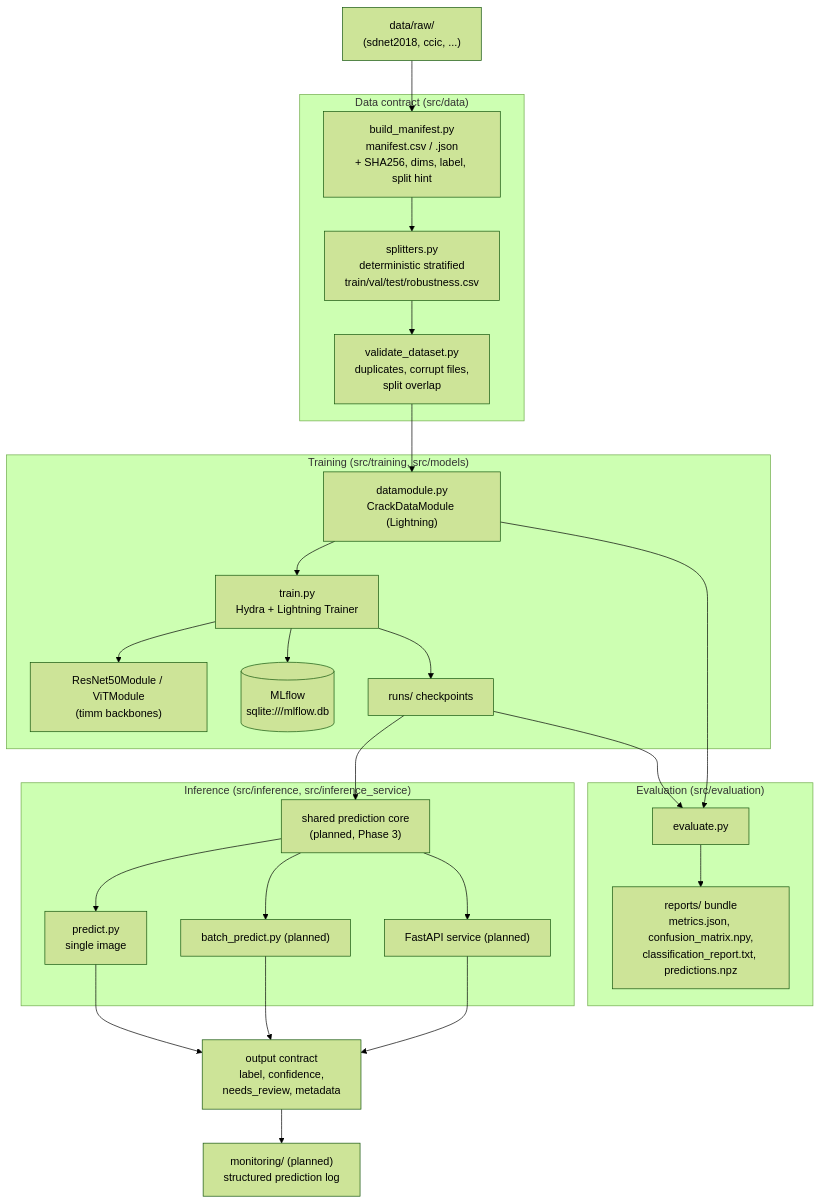
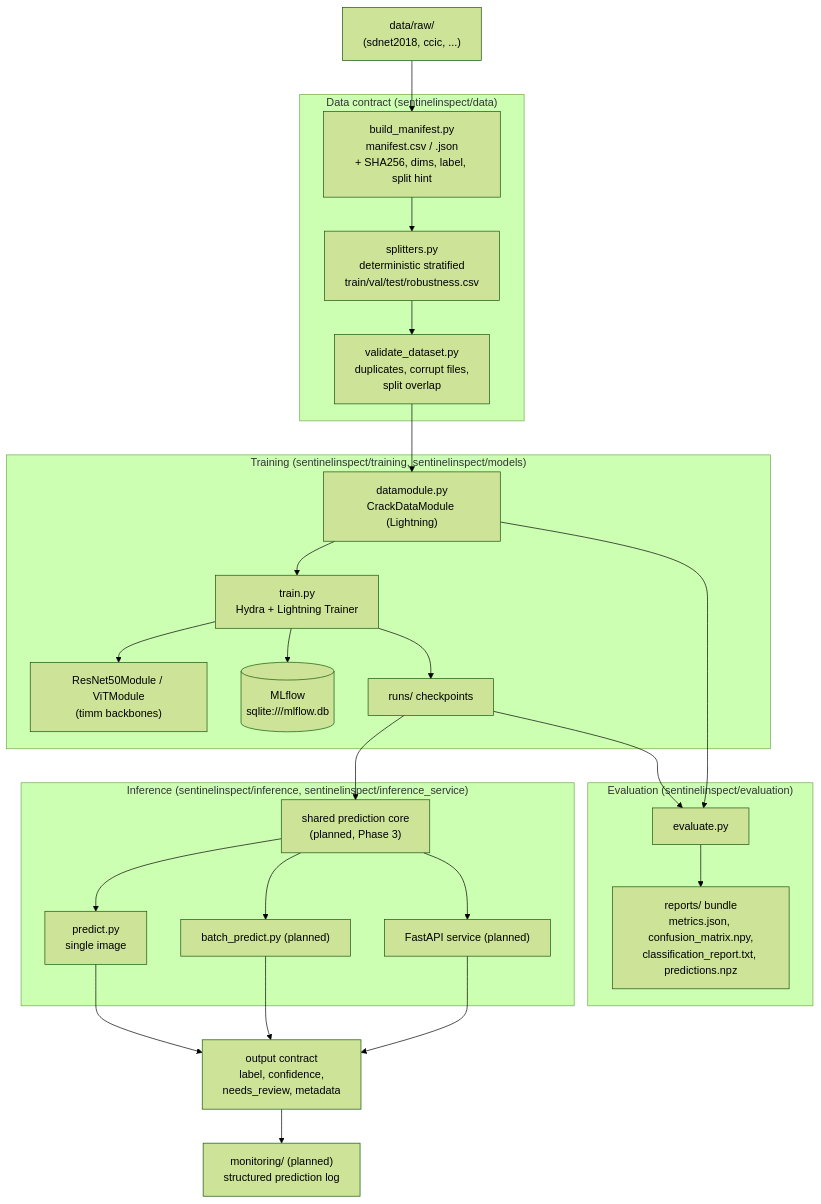
One commit to lucasperrier/SentinelInspect changed the first of 2 diagrams in docs/architecture.md. Above: the diagram before and after it, drawn with Mermaid (forest theme). The commit also changed other lines of this file and 58 other files, not shown here.

````diff
--- a/docs/architecture.md
+++ b/docs/architecture.md
@@ -17,38 +17,38 @@
 ```mermaid
 flowchart TD
     raw["data/raw/<br/>(sdnet2018, ccic, ...)"] --> manifest
 
-    subgraph data["Data contract  (src/data)"]
+    subgraph data["Data contract  (sentinelinspect/data)"]
         manifest["build_manifest.py<br/>manifest.csv / .json<br/>+ SHA256, dims, label, split hint"]
         splits["splitters.py<br/>deterministic stratified<br/>train/val/test/robustness.csv"]
         validate["validate_dataset.py<br/>duplicates, corrupt files,<br/>split overlap"]
         manifest --> splits --> validate
     end
 
     validate --> dm["datamodule.py<br/>CrackDataModule (Lightning)"]
 
-    subgraph train["Training  (src/training, src/models)"]
+    subgraph train["Training  (sentinelinspect/training, sentinelinspect/models)"]
         dm --> trainer["train.py<br/>Hydra + Lightning Trainer"]
         trainer --> models["ResNet50Module / ViTModule<br/>(timm backbones)"]
         trainer --> mlflow[("MLflow<br/>sqlite:///mlflow.db")]
         trainer --> ckpt["runs/ checkpoints"]
     end
 
-    subgraph eval["Evaluation  (src/evaluation)"]
+    subgraph eval["Evaluation  (sentinelinspect/evaluation)"]
         ckpt --> evaluate["evaluate.py"]
         dm --> evaluate
         evaluate --> bundle["reports/ bundle<br/>metrics.json, confusion_matrix.npy,<br/>classification_report.txt, predictions.npz"]
     end
 
-    subgraph infer["Inference  (src/inference, src/inference_service)"]
+    subgraph infer["Inference  (sentinelinspect/inference, sentinelinspect/inference_service)"]
         ckpt --> core["shared prediction core<br/>(planned, Phase 3)"]
         core --> single["predict.py<br/>single image"]
         core --> batch["batch_predict.py (planned)"]
         core --> api["FastAPI service (planned)"]
     end
 
     single --> contract["output contract<br/>label, confidence,<br/>needs_review, metadata"]
     batch --> contract
     api --> contract
     contract --> mon["monitoring/ (planned)<br/>structured prediction log"]
 ```
````
